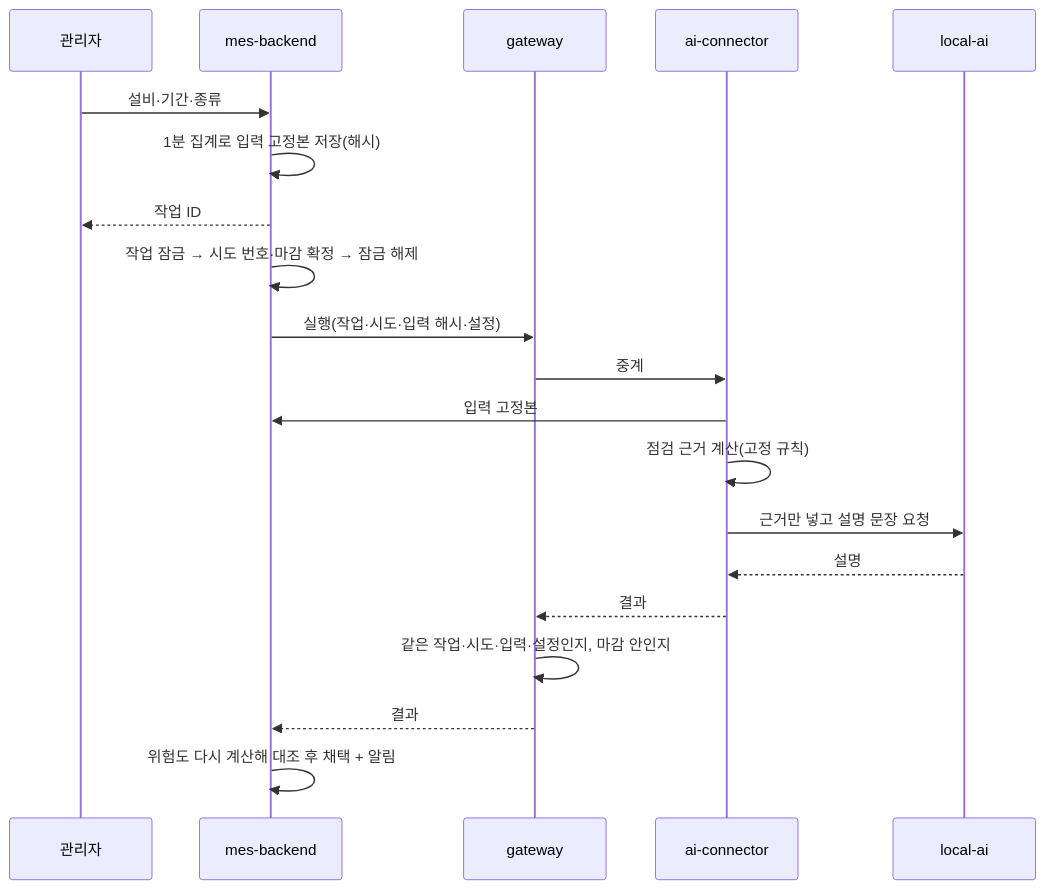
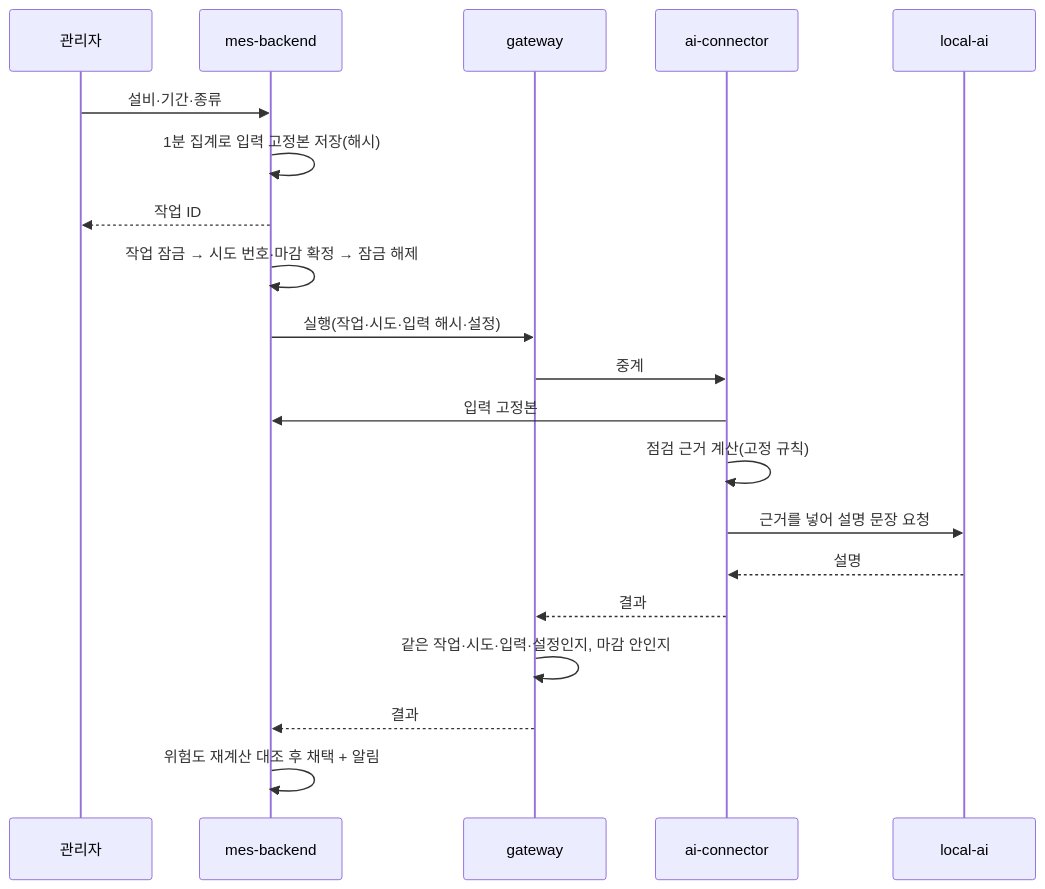
One commit to nkpFactoryMES/doc changed the second of 2 diagrams in analysis.md. Above: the diagram before and after it, drawn with Mermaid. The commit also changed other lines of this file and 13 other files, not shown here.

````diff
--- a/analysis.md
+++ b/analysis.md
@@ -28,23 +45,23 @@
 ```mermaid
 sequenceDiagram
     participant U as 관리자
     participant B as mes-backend
     participant G as gateway
     participant I as ai-connector
     participant L as local-ai
 
     U->>B: 설비·기간·종류
     B->>B: 1분 집계로 입력 고정본 저장(해시)
     B-->>U: 작업 ID
     B->>B: 작업 잠금 → 시도 번호·마감 확정 → 잠금 해제
     B->>G: 실행(작업·시도·입력 해시·설정)
     G->>I: 중계
     I->>B: 입력 고정본
     I->>I: 점검 근거 계산(고정 규칙)
-    I->>L: 근거만 넣고 설명 문장 요청
+    I->>L: 근거를 넣어 설명 문장 요청
     L-->>I: 설명
     I-->>G: 결과
     G->>G: 같은 작업·시도·입력·설정인지, 마감 안인지
     G-->>B: 결과
-    B->>B: 위험도 다시 계산해 대조 후 채택 + 알림
+    B->>B: 위험도 재계산 대조 후 채택 + 알림
 ```
````
